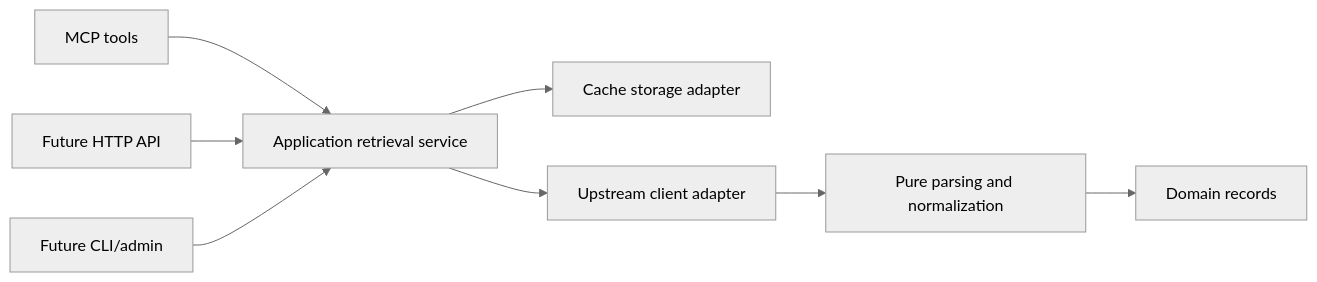
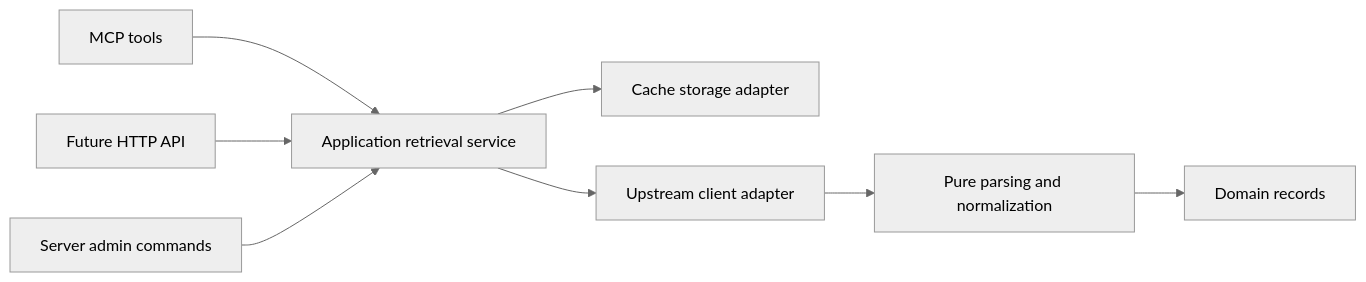
Before and after one commit to PublicData-stream/openlegal4everyoneMCP: the diagram in docs/architecture.md, drawn with Mermaid (neutral theme). The commit also changed other lines of this file and 6 other files, not shown here.

````diff
--- a/docs/architecture.md
+++ b/docs/architecture.md
@@ -96,10 +99,10 @@
 ```mermaid
 flowchart LR
     MCP[MCP tools] --> App[Application retrieval service]
     HTTP[Future HTTP API] --> App
-    CLI[Future CLI/admin] --> App
+    CLI[Server admin commands] --> App
     App --> Cache[Cache storage adapter]
     App --> Upstream[Upstream client adapter]
     Upstream --> Parse[Pure parsing and normalization]
     Parse --> Domain[Domain records]
 ```
````
